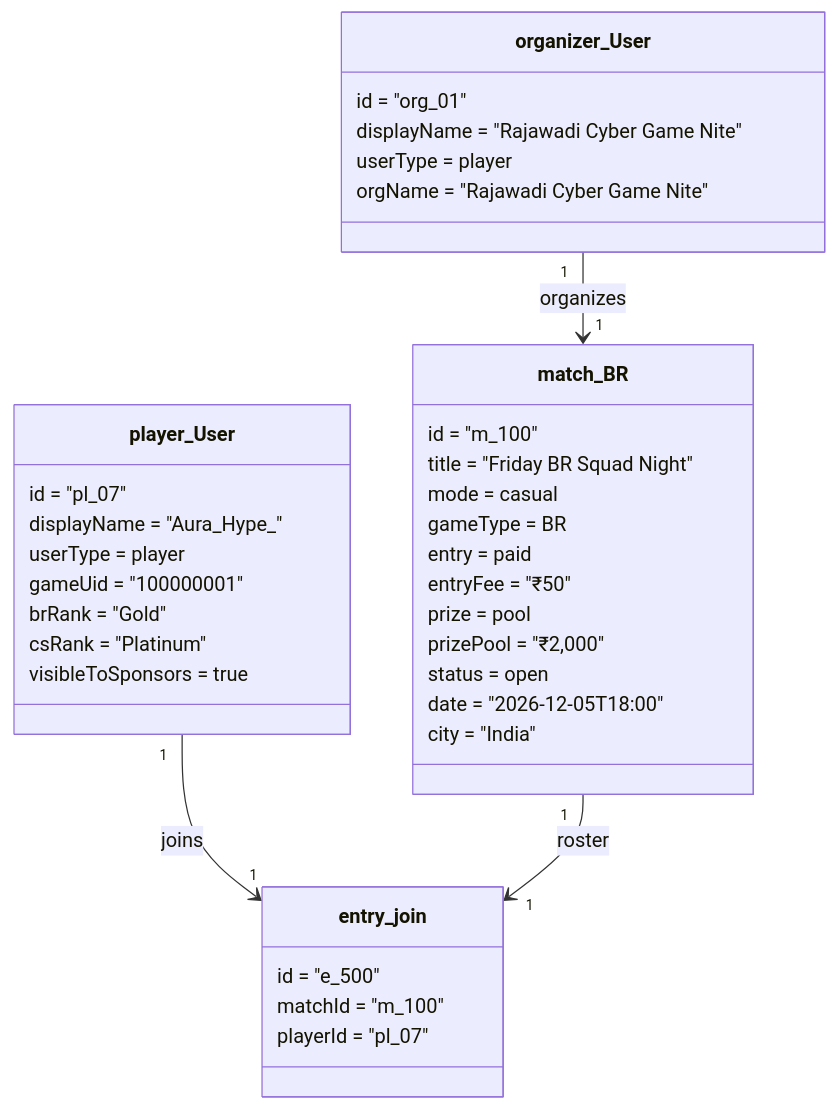
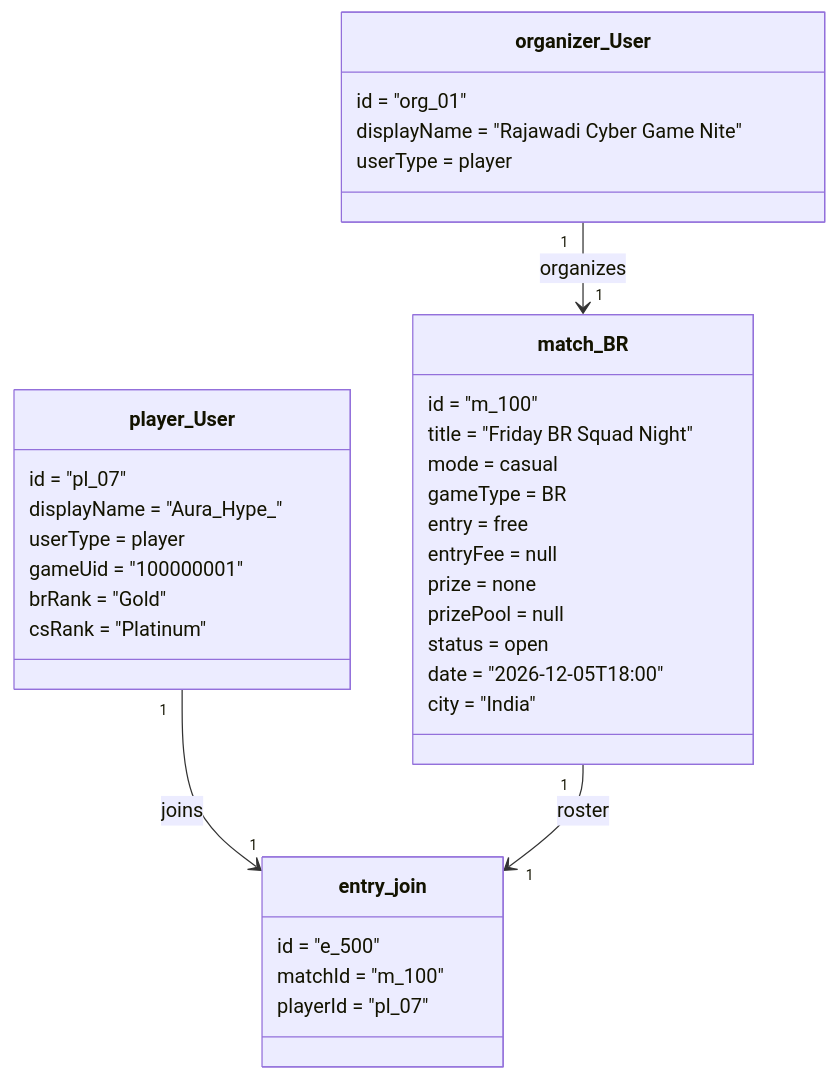
One commit to 0535MANIDEEP/ff-scout changed the second of 2 diagrams in docs/uml/match-platform.md. Above: the diagram before and after it, drawn with Mermaid. The commit also changed other lines of this file and 30 other files, not shown here.

````diff
--- a/docs/uml/match-platform.md
+++ b/docs/uml/match-platform.md
@@ -140,40 +140,38 @@
 ```mermaid
 classDiagram
     class organizer_User {
         id = "org_01"
         displayName = "Rajawadi Cyber Game Nite"
         userType = player
-        orgName = "Rajawadi Cyber Game Nite"
     }
     class match_BR {
         id = "m_100"
         title = "Friday BR Squad Night"
         mode = casual
         gameType = BR
-        entry = paid
-        entryFee = "₹50"
-        prize = pool
-        prizePool = "₹2,000"
+        entry = free
+        entryFee = null
+        prize = none
+        prizePool = null
         status = open
         date = "2026-12-05T18:00"
         city = "India"
     }
     class player_User {
         id = "pl_07"
         displayName = "Aura_Hype_"
         userType = player
         gameUid = "100000001"
         brRank = "Gold"
         csRank = "Platinum"
-        visibleToSponsors = true
     }
     class entry_join {
         id = "e_500"
         matchId = "m_100"
         playerId = "pl_07"
     }
 
     organizer_User "1" --> "1" match_BR : organizes
     player_User "1" --> "1" entry_join : joins
     match_BR "1" --> "1" entry_join : roster
 ```
````
